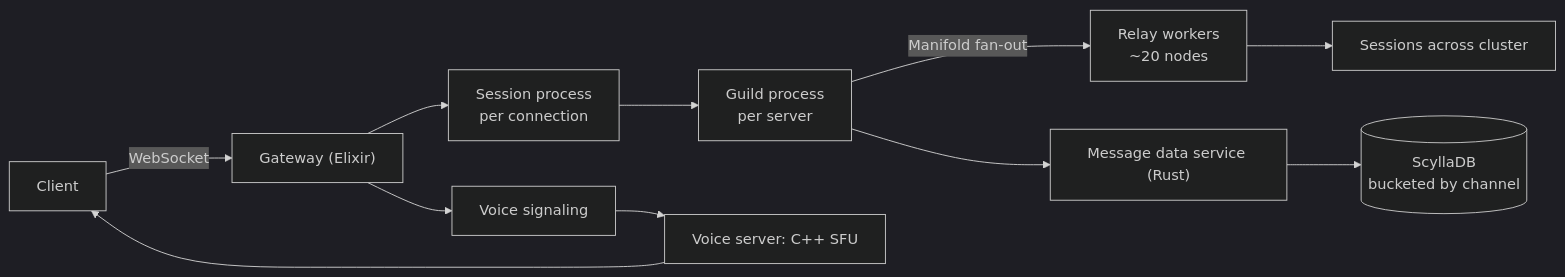
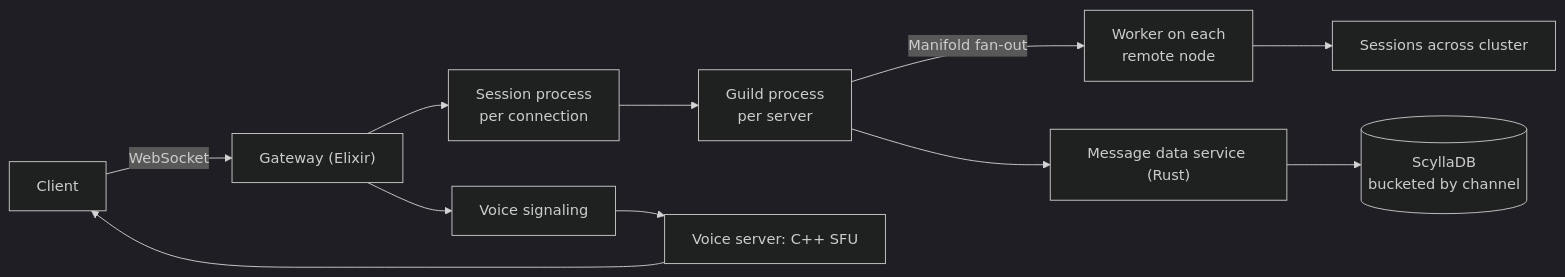
One commit to alwin-verus/big-tech-system-design changed the diagram in cheatsheets/discord.md. Above: the diagram before and after it, drawn with Mermaid (dark theme). The commit also changed other lines of this file and 56 other files, not shown here.

````diff
--- a/cheatsheets/discord.md
+++ b/cheatsheets/discord.md
@@ -11,13 +11,13 @@
 ```mermaid
 flowchart LR
   C["Client"] -->|"WebSocket"| GW["Gateway (Elixir)"]
   GW --> SESS["Session process<br/>per connection"]
   SESS --> GUILD["Guild process<br/>per server"]
-  GUILD -->|"Manifold fan-out"| RELAY["Relay workers<br/>~20 nodes"]
+  GUILD -->|"Manifold fan-out"| RELAY["Worker on each<br/>remote node"]
   RELAY --> SESS2["Sessions across cluster"]
   GUILD --> DS["Message data service (Rust)"]
   DS --> SCY[("ScyllaDB<br/>bucketed by channel")]
   GW --> VG["Voice signaling"]
   VG --> VS["Voice server: C++ SFU"]
   VS --> C
 ```
````
